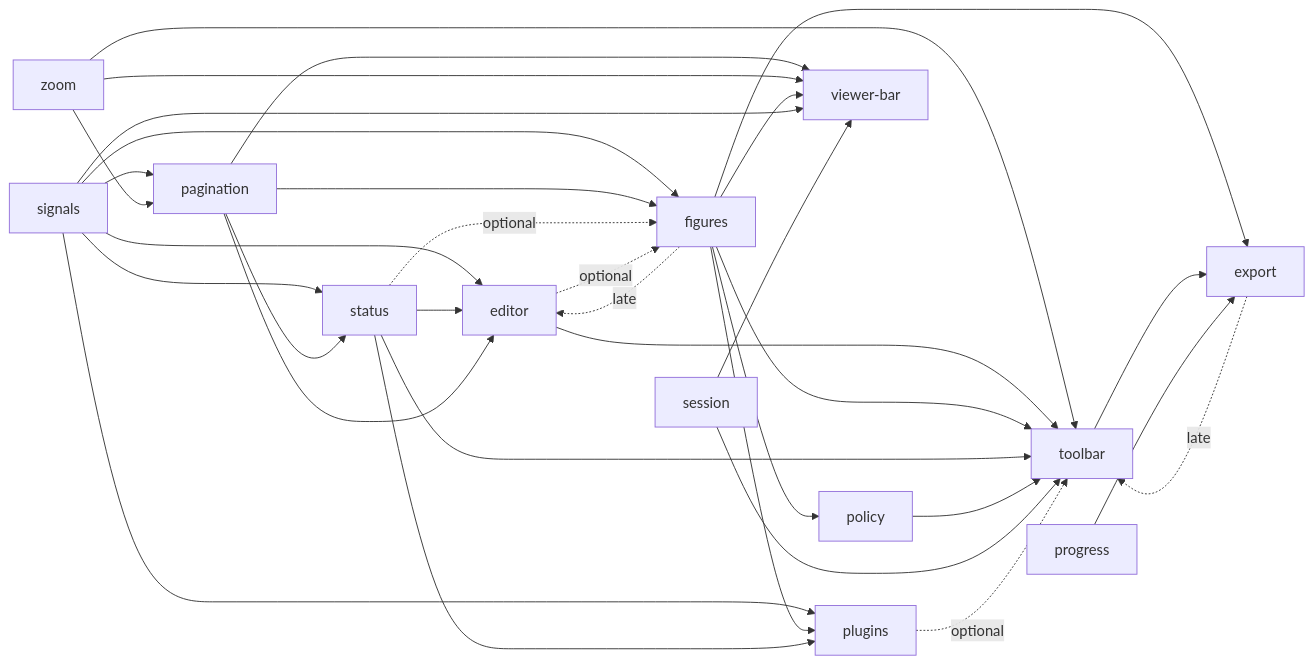
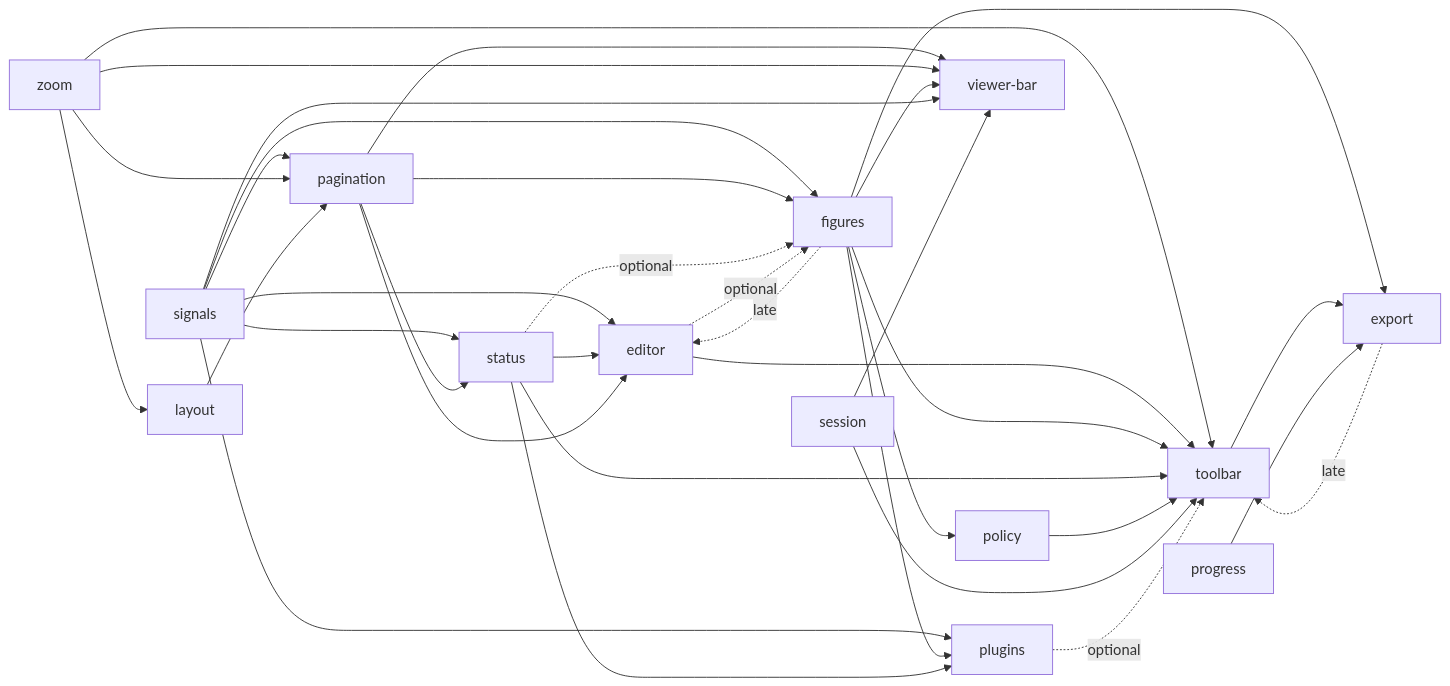
One commit to nakrasian/standalone-doc changed the diagram in DEPS.md. Above: the diagram before and after it, drawn with Mermaid. The commit also changed other lines of this file and 27 other files, not shown here.

````diff
--- a/DEPS.md
+++ b/DEPS.md
@@ -28,35 +29,37 @@
 ```mermaid
 graph LR
+  zoom --> layout
   signals --> pagination
   zoom --> pagination
+  layout --> pagination
   signals --> status
   pagination --> status
   signals --> editor
   status --> editor
   pagination --> editor
   figures -.->|late| editor
   signals --> figures
   pagination --> figures
   status -.->|optional| figures
   editor -.->|optional| figures
   figures --> policy
   zoom --> toolbar
   editor --> toolbar
   figures --> toolbar
   status --> toolbar
   policy --> toolbar
   session --> toolbar
   export -.->|late| toolbar
   plugins -.->|optional| toolbar
   pagination --> viewer-bar
   zoom --> viewer-bar
   figures --> viewer-bar
   signals --> viewer-bar
   session --> viewer-bar
   signals --> plugins
   figures --> plugins
   status --> plugins
   figures --> export
   toolbar --> export
   progress --> export
 ```
````
